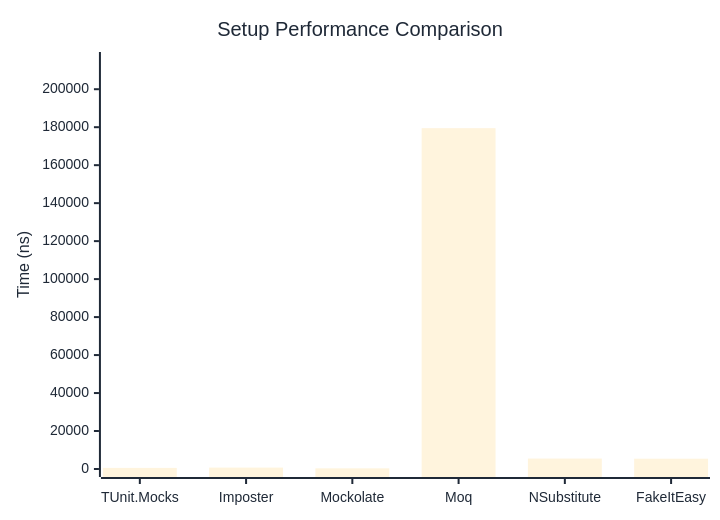
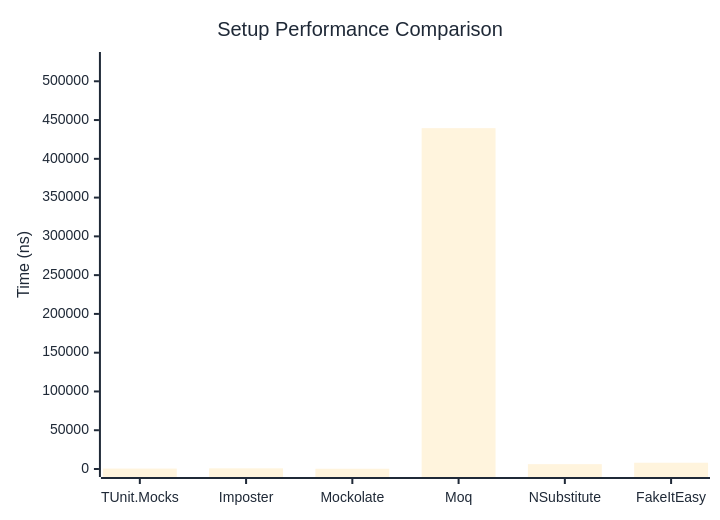
Before and after one commit to thomhurst/TUnit: the first of 2 diagrams in docs/docs/benchmarks/mocks/Setup.md, drawn with Mermaid. The commit also changed other lines of this file and 14 other files, not shown here.

````diff
--- a/docs/docs/benchmarks/mocks/Setup.md
+++ b/docs/docs/benchmarks/mocks/Setup.md
@@ -30,27 +30,27 @@
 ```mermaid
 %%{init: {
   'theme':'base',
   'themeVariables': {
     'primaryColor': '#2563eb',
     'primaryTextColor': '#1f2937',
     'primaryBorderColor': '#1e40af',
     'lineColor': '#6b7280',
     'secondaryColor': '#7c3aed',
     'tertiaryColor': '#dc2626',
     'background': '#ffffff',
     'pie1': '#2563eb',
     'pie2': '#7c3aed',
     'pie3': '#dc2626',
     'pie4': '#f59e0b',
     'pie5': '#10b981',
     'pie6': '#06b6d4',
     'pie7': '#ec4899',
     'pie8': '#6366f1'
   }
 }}%%
 xychart-beta
   title "Setup Performance Comparison"
   x-axis ["TUnit.Mocks", "Imposter", "Mockolate", "Moq", "NSubstitute", "FakeItEasy"]
-  y-axis "Time (ns)" 0 --> 215387
-  bar [576.3, 739.9, 348.4, 179489.1, 5499.8, 5427.9]
+  y-axis "Time (ns)" 0 --> 527436
+  bar [545.2, 849.8, 323.3, 439529.6, 6234.2, 8091.1]
 ```
````
